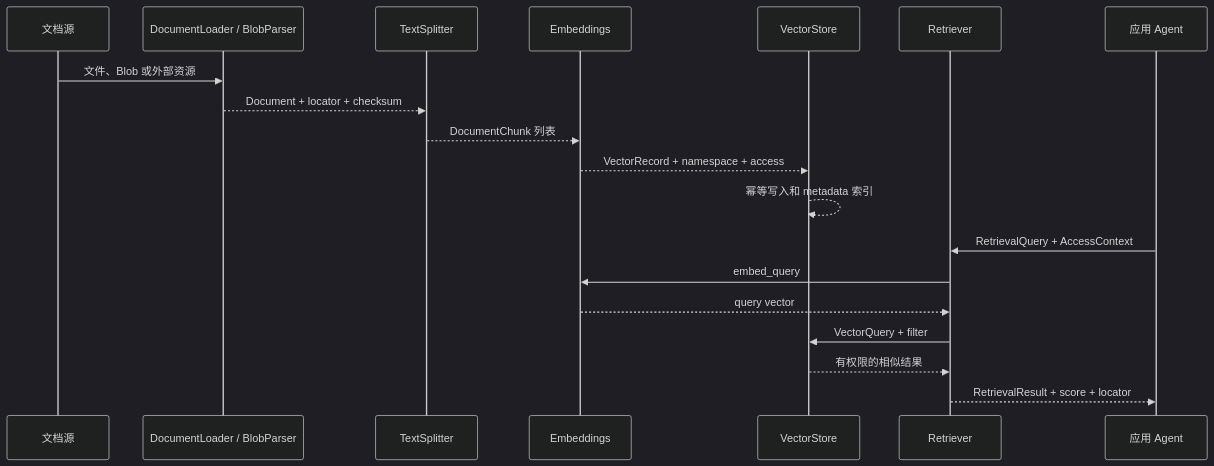
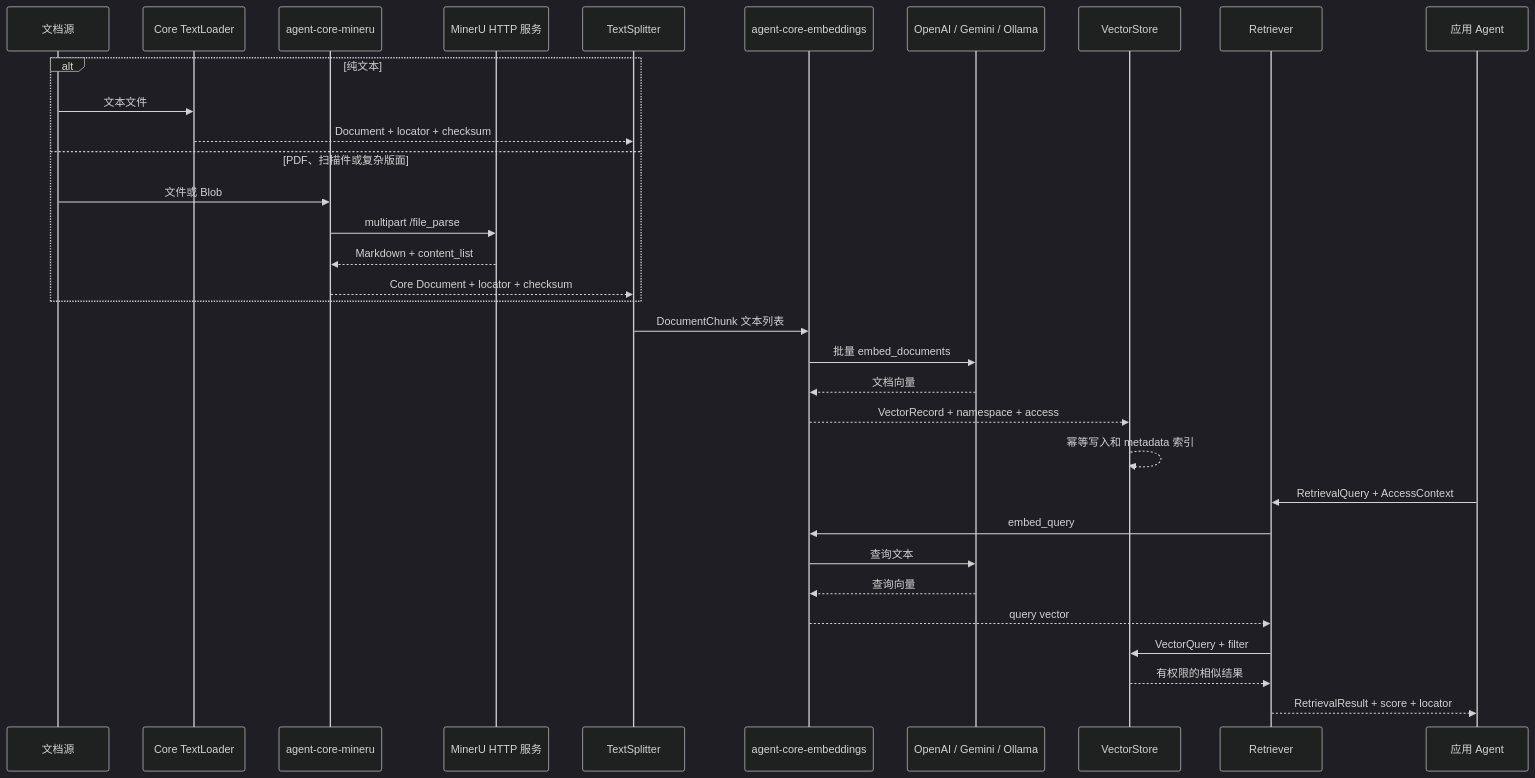
Before and after one commit to qiuzixu/agent-core: the fourth of 6 diagrams in docs/ARCHITECTURE.md, drawn with Mermaid (dark theme). The commit also changed other lines of this file and 52 other files, not shown here.

First line of the commit message:
feat: 新增三个独立扩展包：MinerU 文档解析、Embedding Provider 和多 Agent 编排

````diff
--- a/docs/ARCHITECTURE.md
+++ b/docs/ARCHITECTURE.md
@@ -273,23 +294,37 @@
 ```mermaid
 sequenceDiagram
     participant Source as 文档源
-    participant Loader as DocumentLoader / BlobParser
+    participant Loader as Core TextLoader
+    participant Adapter as agent-core-mineru
+    participant MinerU as MinerU HTTP 服务
     participant Splitter as TextSplitter
-    participant Embed as Embeddings
+    participant Embed as agent-core-embeddings
+    participant Provider as OpenAI / Gemini / Ollama
     participant Vector as VectorStore
     participant Retriever as Retriever
     participant Agent as 应用 Agent
 
-    Source->>Loader: 文件、Blob 或外部资源
-    Loader-->>Splitter: Document + locator + checksum
-    Splitter-->>Embed: DocumentChunk 列表
+    alt 纯文本
+        Source->>Loader: 文本文件
+        Loader-->>Splitter: Document + locator + checksum
+    else PDF、扫描件或复杂版面
+        Source->>Adapter: 文件或 Blob
+        Adapter->>MinerU: multipart /file_parse
+        MinerU-->>Adapter: Markdown + content_list
+        Adapter-->>Splitter: Core Document + locator + checksum
+    end
+    Splitter->>Embed: DocumentChunk 文本列表
+    Embed->>Provider: 批量 embed_documents
+    Provider-->>Embed: 文档向量
     Embed-->>Vector: VectorRecord + namespace + access
     Vector-->>Vector: 幂等写入和 metadata 索引
 
     Agent->>Retriever: RetrievalQuery + AccessContext
     Retriever->>Embed: embed_query
+    Embed->>Provider: 查询文本
+    Provider-->>Embed: 查询向量
     Embed-->>Retriever: query vector
     Retriever->>Vector: VectorQuery + filter
     Vector-->>Retriever: 有权限的相似结果
     Retriever-->>Agent: RetrievalResult + score + locator
 ```
````
